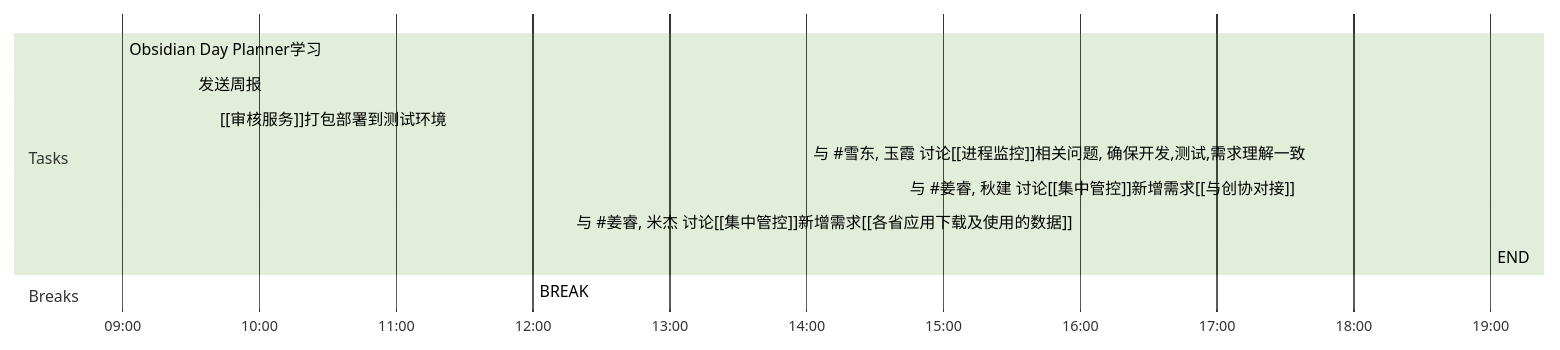
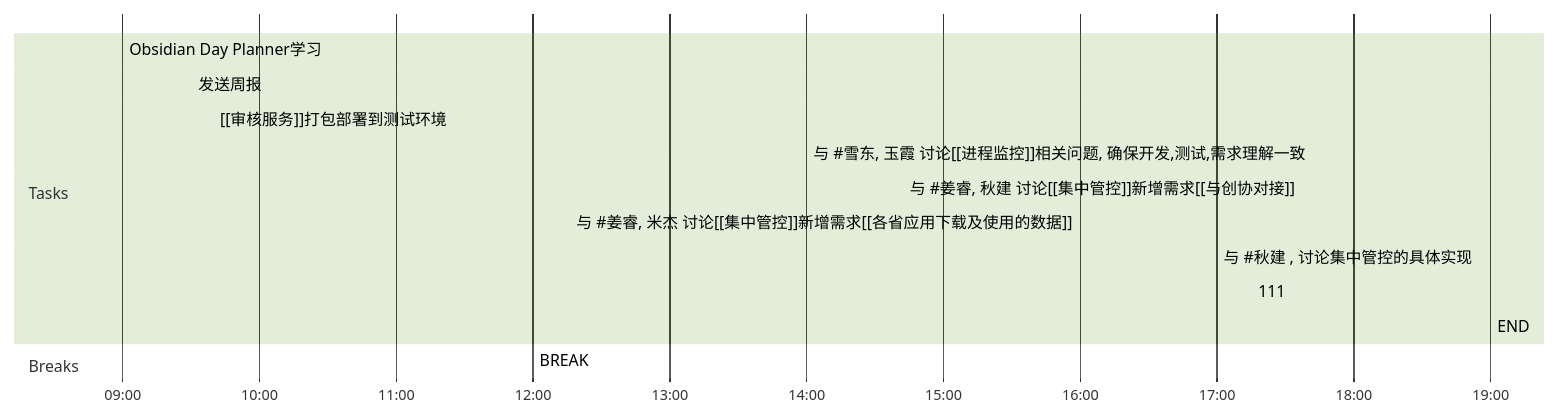
Before and after one commit to yangld/learn: the diagram in Day Planners/Day Planner-20211115.md, drawn with Mermaid (forest theme). The commit also changed other lines of this file and 6 other files, not shown here.

````diff
--- a/Day Planners/Day Planner-20211115.md
+++ b/Day Planners/Day Planner-20211115.md
@@ -2,16 +2,18 @@
 ```mermaid
 gantt
     dateFormat  HH-mm
     axisFormat %H:%M
-    %% Current Time: 下午5:01:51
+    %% Current Time: 下午6:01:53
     section Tasks
     Obsidian Day Planner学习     :09-00, 30mm
     发送周报     :09-30, 10mm
     [[审核服务]]打包部署到测试环境     :09-40, 140mm
     与 #35;雪东,  玉霞     讨论[[进程监控]]相关问题, 确保开发,测试,需求理解一致     :14-00, 42mm
     与 #35;姜睿,  秋建     讨论[[集中管控]]新增需求[[与创协对接]]     :14-42, 78mm
-    与 #35;姜睿,  米杰     讨论[[集中管控]]新增需求[[各省应用下载及使用的数据]]     :16-00, 180mm
+    与 #35;姜睿,  米杰     讨论[[集中管控]]新增需求[[各省应用下载及使用的数据]]     :16-00, 60mm
+    与 #35;秋建 , 讨论集中管控的具体实现     :17-00, 15mm
+    111     :17-15, 105mm
     END     :19-00, 0mm
     section Breaks
     BREAK     :12-00, 120mm
 ```
````
